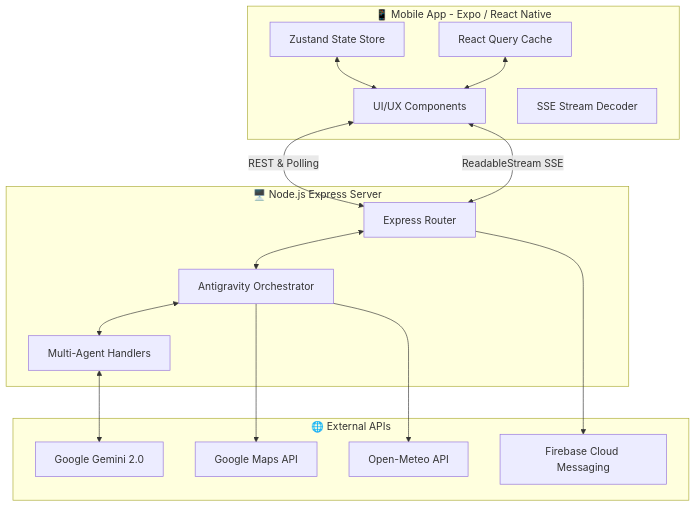
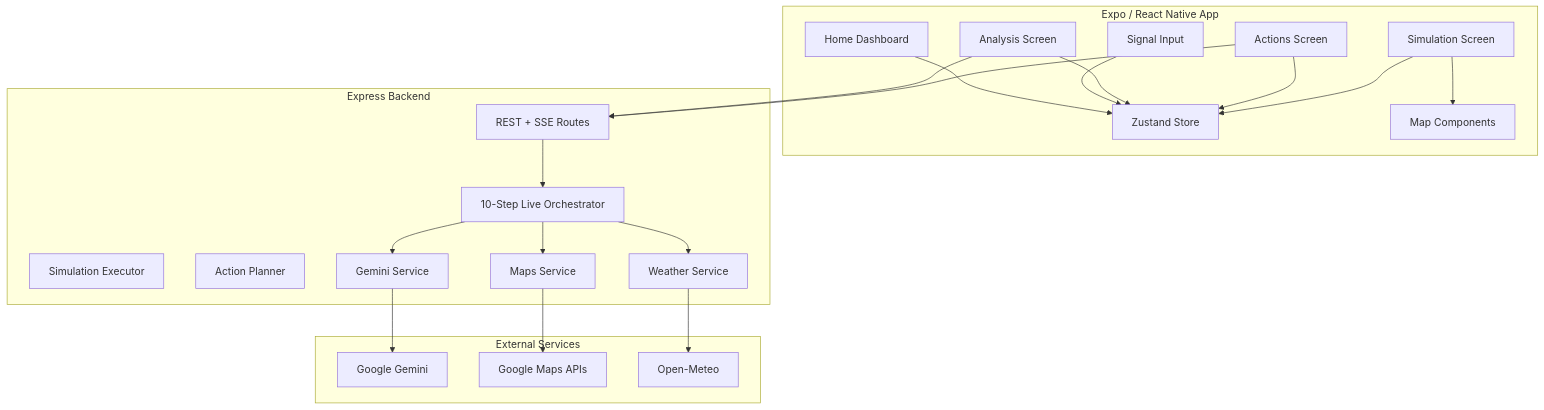
The sixth of 6 diagrams in README.md (fahadkhalid695/CIRO2), drawn with Mermaid before and after one commit. The commit also changed other lines of this file and 36 other files, not shown here.

````diff
--- a/README.md
+++ b/README.md
@@ -29,34 +212,44 @@
 ```mermaid
 graph TD
-    subgraph Client [📱 Mobile App - Expo / React Native]
-        UI[UI/UX Components]
-        State[Zustand State Store]
-        Query[React Query Cache]
-        SSE[SSE Stream Decoder]
-    end
+  subgraph Client[Expo / React Native App]
+    Home[Home Dashboard]
+    Input[Signal Input]
+    Analysis[Analysis Screen]
+    Actions[Actions Screen]
+    Simulation[Simulation Screen]
+    Store[Zustand Store]
+    MapUI[Map Components]
+  end
 
-    subgraph Backend [🖥️ Node.js Express Server]
-        API[Express Router]
-        Anti[Antigravity Orchestrator]
-        Agents[Multi-Agent Handlers]
-    end
+  subgraph Server[Express Backend]
+    API[REST + SSE Routes]
+    LivePipeline[10-Step Live Orchestrator]
+    SimulationExecutor[Simulation Executor]
+    ActionPlanner[Action Planner]
+    MapsSvc[Maps Service]
+    WeatherSvc[Weather Service]
+    GeminiSvc[Gemini Service]
+  end
 
-    subgraph External [🌐 External APIs]
-        Gemini[Google Gemini 2.0]
-        Maps[Google Maps API]
-        Weather[Open-Meteo API]
-        FCM[Firebase Cloud Messaging]
-    end
+  subgraph External[External Services]
+    Gemini[Google Gemini]
+    Maps[Google Maps APIs]
+    Weather[Open-Meteo]
+  end
 
-    UI <-->|REST & Polling| API
-    UI <-->|ReadableStream SSE| API
-    State <--> UI
-    Query <--> UI
-
-    API <--> Anti
-    Anti <--> Agents
-    Agents <--> Gemini
-    Anti --> Maps
-    Anti --> Weather
-    API --> FCM
+  Home --> Store
+  Input --> Store
+  Analysis --> Store
+  Actions --> Store
+  Simulation --> Store
+  Analysis --> API
+  Actions --> API
+  Simulation --> MapUI
+  API --> LivePipeline
+  LivePipeline --> WeatherSvc
+  LivePipeline --> MapsSvc
+  LivePipeline --> GeminiSvc
+  WeatherSvc --> Weather
+  MapsSvc --> Maps
+  GeminiSvc --> Gemini
 ```
````
